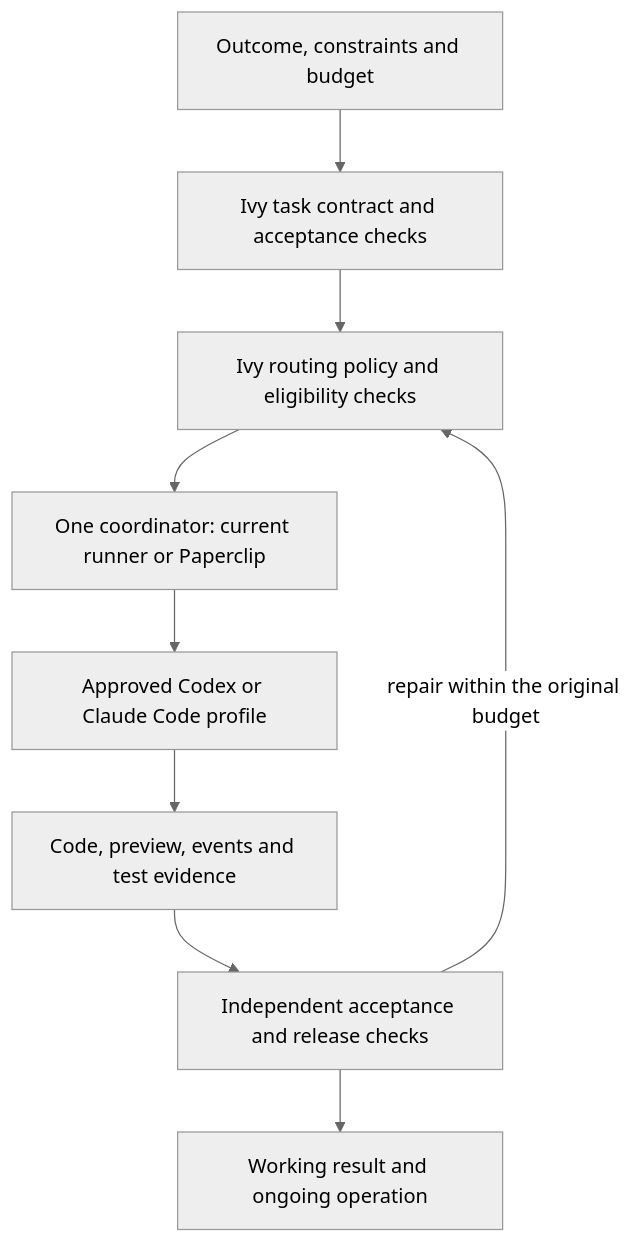
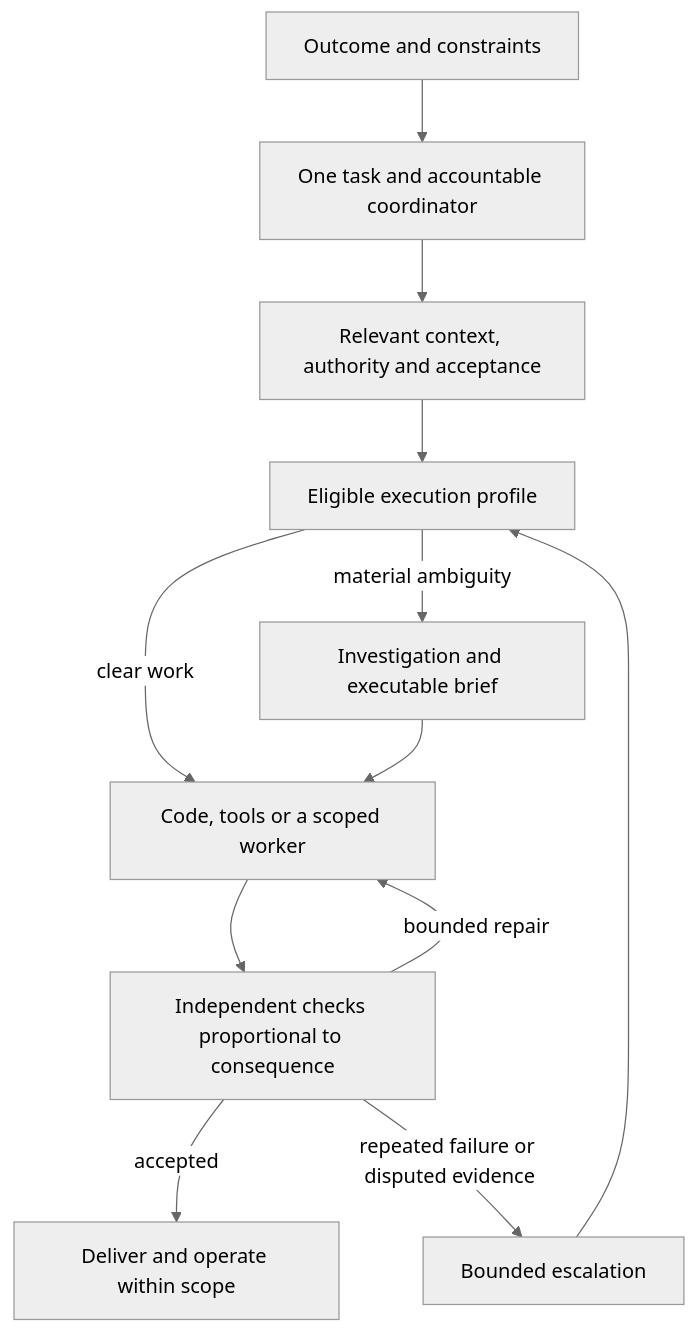
Before and after one commit to tompulsarlabs/ivy: the diagram in docs/next-phase/model-routing-review-20260923.md, drawn with Mermaid (neutral theme). The commit also changed other lines of this file and 4 other files, not shown here.

Commit message:
Define task-based operating roles and effort policy for Ivy

````diff
--- a/docs/next-phase/model-routing-review-20260923.md
+++ b/docs/next-phase/model-routing-review-20260923.md
@@ -71,11 +142,14 @@
 ```mermaid
 flowchart TD
-    User[Outcome, constraints and budget] --> Contract[Ivy task contract and acceptance checks]
-    Contract --> Router[Ivy routing policy and eligibility checks]
-    Router --> Coordinator[One coordinator: current runner or Paperclip]
-    Coordinator --> Harness[Approved Codex or Claude Code profile]
-    Harness --> Artifacts[Code, preview, events and test evidence]
-    Artifacts --> Verify[Independent acceptance and release checks]
-    Verify --> Result[Working result and ongoing operation]
-    Verify -->|repair within the original budget| Router
+    User[Outcome and constraints] --> Task[One task and accountable coordinator]
+    Task --> Context[Relevant context, authority and acceptance]
+    Context --> Route[Eligible execution profile]
+    Route -->|clear work| Execute[Code, tools or a scoped worker]
+    Route -->|material ambiguity| Plan[Investigation and executable brief]
+    Plan --> Execute
+    Execute --> Verify[Independent checks proportional to consequence]
+    Verify -->|accepted| Deliver[Deliver and operate within scope]
+    Verify -->|bounded repair| Execute
+    Verify -->|repeated failure or disputed evidence| Diagnose[Bounded escalation]
+    Diagnose --> Route
 ```
````
